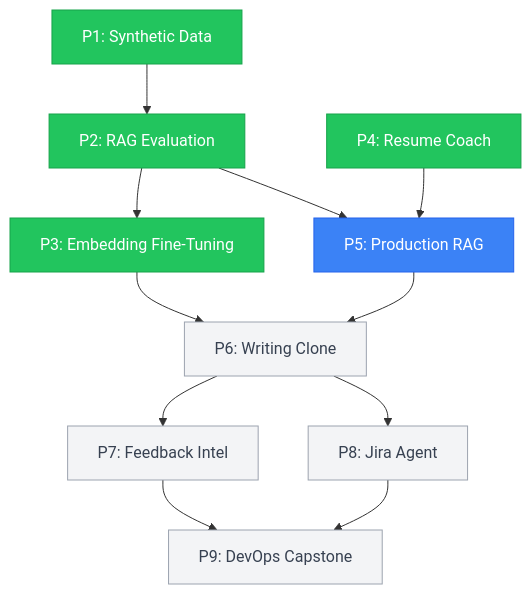
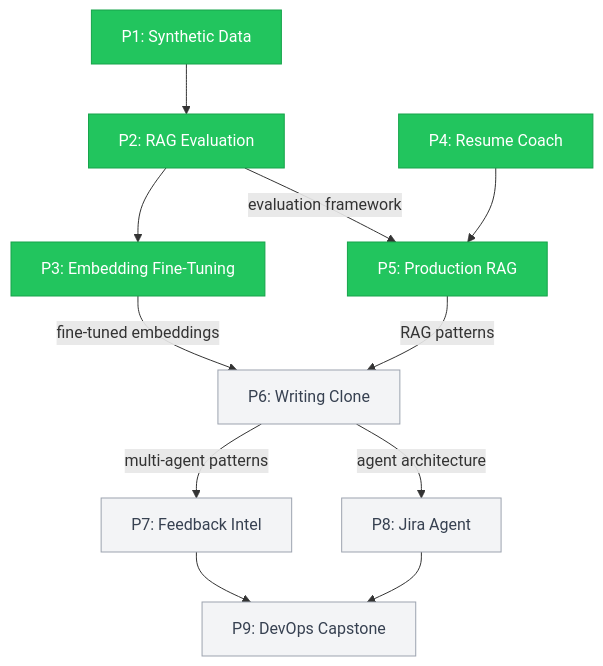
Before and after one commit to rubsj/ai-portfolio: the diagram in README.md, drawn with Mermaid. The commit also changed other lines of this file, not shown here.

````diff
--- a/README.md
+++ b/README.md
@@ -95,17 +95,16 @@
 ```mermaid
 graph TD
     classDef done fill:#22c55e,stroke:#16a34a,color:#fff
-    classDef active fill:#3b82f6,stroke:#2563eb,color:#fff
     classDef upcoming fill:#f3f4f6,stroke:#9ca3af,color:#374151
 
     P1[P1: Synthetic Data]:::done --> P2[P2: RAG Evaluation]:::done
-    P4[P4: Resume Coach]:::done --> P5[P5: Production RAG]:::active
+    P4[P4: Resume Coach]:::done --> P5[P5: Production RAG]:::done
     P2 --> P3[P3: Embedding Fine-Tuning]:::done
-    P2 --> P5
-    P3 --> P6[P6: Writing Clone]:::upcoming
-    P5 --> P6
-    P6 --> P7[P7: Feedback Intel]:::upcoming
-    P6 --> P8[P8: Jira Agent]:::upcoming
+    P2 -->|evaluation framework| P5
+    P3 -->|fine-tuned embeddings| P6[P6: Writing Clone]:::upcoming
+    P5 -->|RAG patterns| P6
+    P6 -->|multi-agent patterns| P7[P7: Feedback Intel]:::upcoming
+    P6 -->|agent architecture| P8[P8: Jira Agent]:::upcoming
     P7 --> P9[P9: DevOps Capstone]:::upcoming
     P8 --> P9
 ```
````
